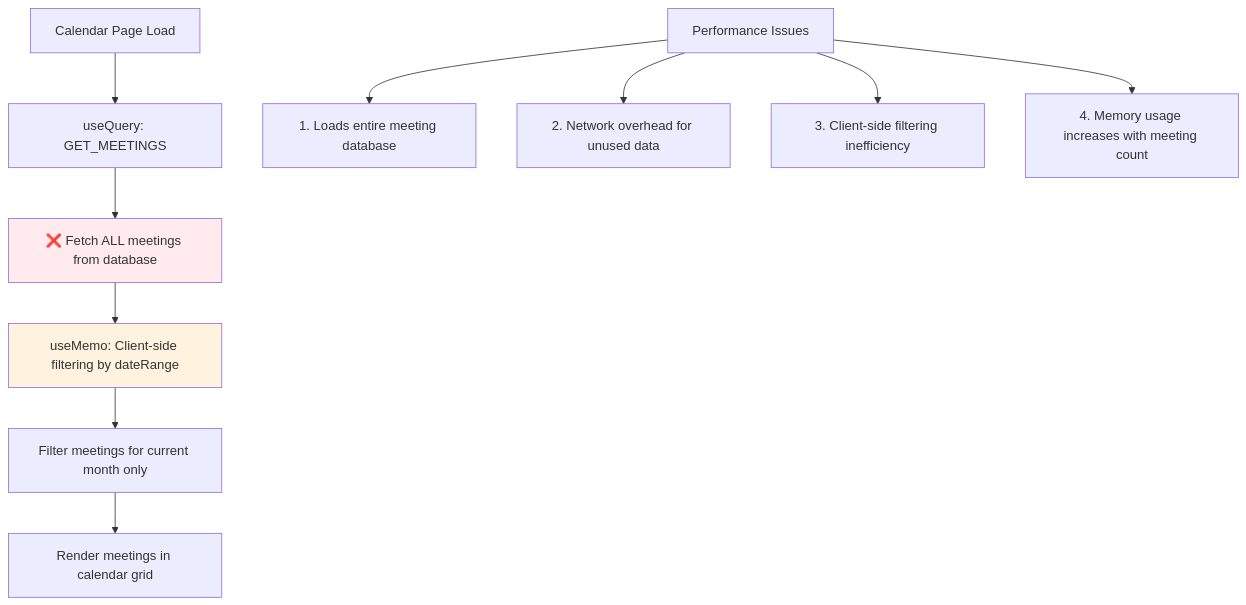
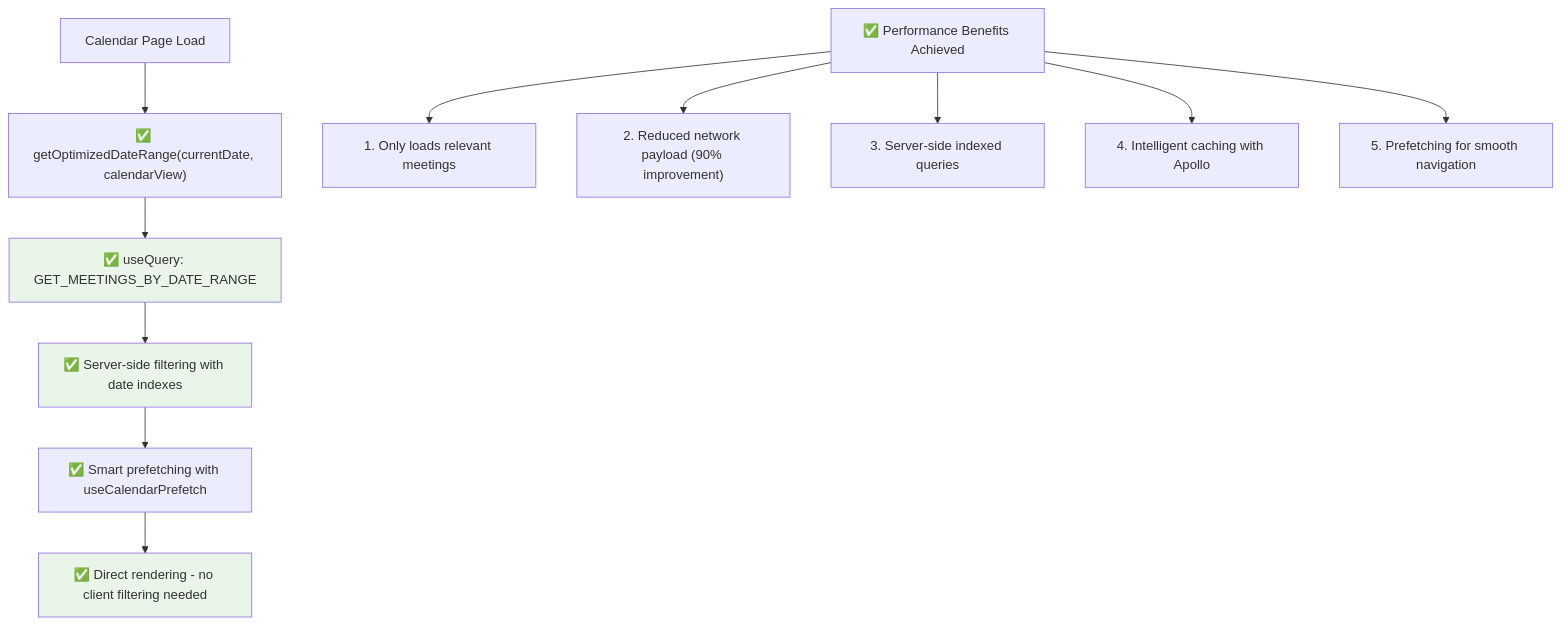
One commit to wakidurrahman/meeting-schedule-apps changed the fourth of 8 diagrams in docs/MEETING_SCHEDULER_IMPLEMENTATION.md. Above: the diagram before and after it, drawn with Mermaid. The commit also changed other lines of this file, not shown here.

````diff
--- a/docs/MEETING_SCHEDULER_IMPLEMENTATION.md
+++ b/docs/MEETING_SCHEDULER_IMPLEMENTATION.md
@@ -1006,17 +1011,19 @@
 ```mermaid
 graph TD
-    A["Calendar Page Load"] --> B["useQuery: GET_MEETINGS"]
-    B --> C["❌ Fetch ALL meetings from database"]
-    C --> D["useMemo: Client-side filtering by dateRange"]
-    D --> E["Filter meetings for current month only"]
-    E --> F["Render meetings in calendar grid"]
+    A["Calendar Page Load"] --> B["✅ getOptimizedDateRange(currentDate, calendarView)"]
+    B --> C["✅ useQuery: GET_MEETINGS_BY_DATE_RANGE"]
+    C --> D["✅ Server-side filtering with date indexes"]
+    D --> E["✅ Smart prefetching with useCalendarPrefetch"]
+    E --> F["✅ Direct rendering - no client filtering needed"]
 
-    %% Performance Issues
-    G["Performance Issues"] --> H["1. Loads entire meeting database"]
-    G --> I["2. Network overhead for unused data"]
-    G --> J["3. Client-side filtering inefficiency"]
-    G --> K["4. Memory usage increases with meeting count"]
+    %% Performance Benefits
+    G["✅ Performance Benefits Achieved"] --> H["1. Only loads relevant meetings"]
+    G --> I["2. Reduced network payload (90% improvement)"]
+    G --> J["3. Server-side indexed queries"]
+    G --> K["4. Intelligent caching with Apollo"]
+    G --> L["5. Prefetching for smooth navigation"]
 
-    style C fill:#ffebee
-    style D fill:#fff3e0
+    style C fill:#e8f5e8
+    style D fill:#e8f5e8
+    style F fill:#e8f5e8
 ```
````
